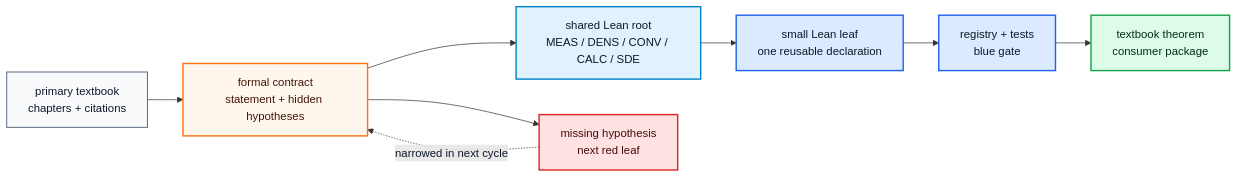
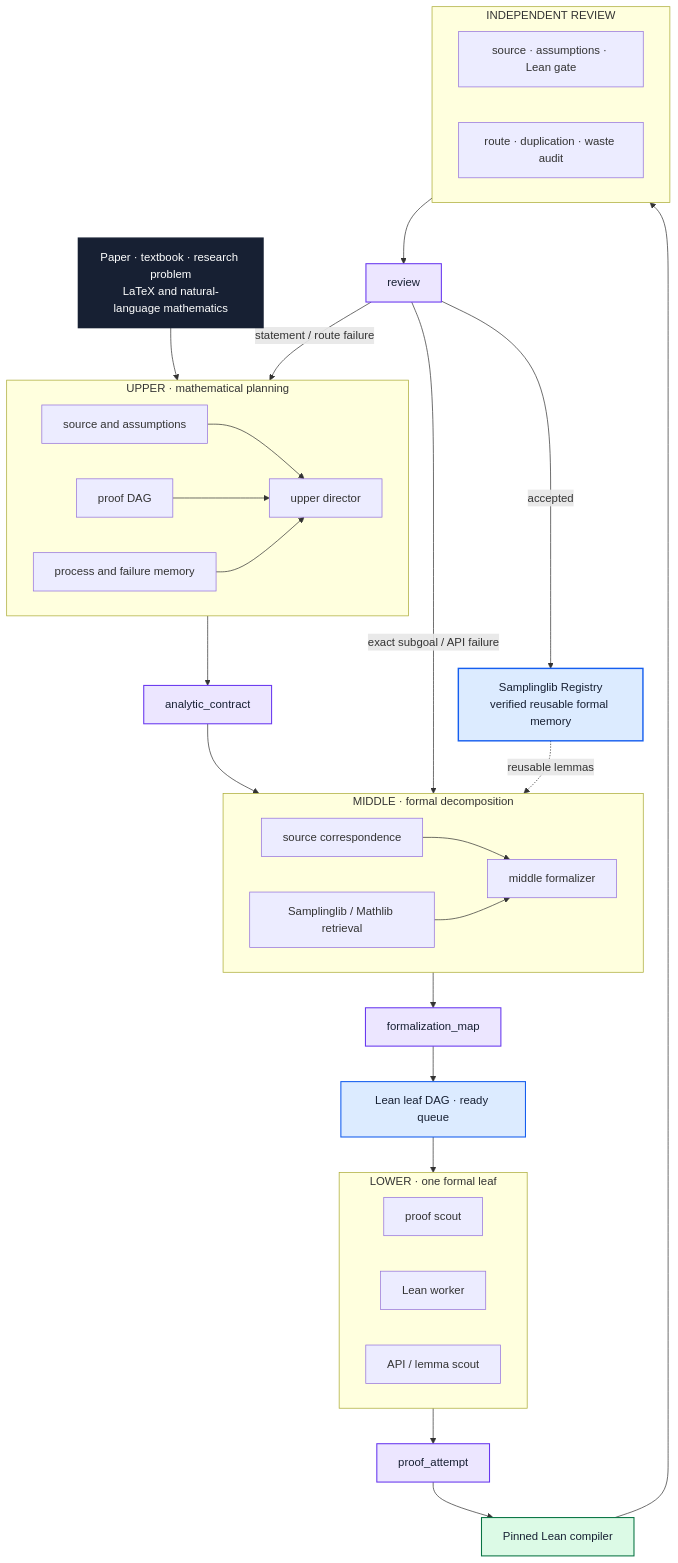
One commit to DakeBU/Auto-Sampling-Theory-In-Sleep changed the diagram in README.md. Above: the diagram before and after it, drawn with Mermaid. The commit also changed other lines of this file and 13 other files, not shown here.

````diff
--- a/README.md
+++ b/README.md
@@ -78,21 +73,56 @@
 ```mermaid
-flowchart LR
-  PDF[primary textbook<br/>chapters + citations]:::gray
-  Contract[formal contract<br/>statement + hidden hypotheses]:::contract
-  Root[shared Lean root<br/>MEAS / DENS / CONV / CALC / SDE]:::root
-  Leaf[small Lean leaf<br/>one reusable declaration]:::blue
-  Registry[registry + tests<br/>blue gate]:::blue
-  Theorem[textbook theorem<br/>consumer package]:::consumer
-  Red[missing hypothesis<br/>next red leaf]:::red
+flowchart TB
+  Source["Paper · textbook · research problem<br/>LaTeX and natural-language mathematics"]:::source
 
-  PDF --> Contract --> Root --> Leaf --> Registry --> Theorem
-  Contract --> Red
-  Red -. narrowed in next cycle .-> Contract
+  subgraph Upper["UPPER · mathematical planning"]
+    UM["source and assumptions"]
+    UD["proof DAG"]
+    UX["process and failure memory"]
+    UO["upper director"]
+    UM --> UO
+    UD --> UO
+    UX --> UO
+  end
 
-  classDef gray fill:#f8fafc,stroke:#64748b,color:#0f172a,stroke-width:1.5px;
-  classDef contract fill:#fff7ed,stroke:#f97316,color:#431407,stroke-width:2px;
-  classDef root fill:#e0f2fe,stroke:#0284c7,color:#0f172a,stroke-width:2px;
-  classDef blue fill:#dbeafe,stroke:#2563eb,color:#0f172a,stroke-width:2px;
-  classDef consumer fill:#dcfce7,stroke:#16a34a,color:#052e16,stroke-width:2px;
-  classDef red fill:#fee2e2,stroke:#dc2626,color:#450a0a,stroke-width:2px;
+  AC["analytic_contract"]:::artifact
+
+  subgraph Middle["MIDDLE · formal decomposition"]
+    MS["source correspondence"]
+    MR["Samplinglib / Mathlib retrieval"]
+    MF["middle formalizer"]
+    MS --> MF
+    MR --> MF
+  end
+
+  FM["formalization_map"]:::artifact
+  Queue["Lean leaf DAG · ready queue"]:::queue
+
+  subgraph Lower["LOWER · one formal leaf"]
+    L1["proof scout"]
+    L2["Lean worker"]
+    L3["API / lemma scout"]
+  end
+
+  PA["proof_attempt"]:::artifact
+  Lean["Pinned Lean compiler"]:::lean
+
+  subgraph Review["INDEPENDENT REVIEW"]
+    RG["source · assumptions · Lean gate"]
+    RW["route · duplication · waste audit"]
+  end
+
+  RV["review"]:::artifact
+  Registry["Samplinglib Registry<br/>verified reusable formal memory"]:::registry
+
+  Source --> Upper --> AC --> Middle --> FM --> Queue --> Lower --> PA --> Lean --> Review --> RV
+  RV -->|accepted| Registry
+  RV -->|exact subgoal / API failure| Middle
+  RV -->|statement / route failure| Upper
+  Registry -. reusable lemmas .-> Middle
+
+  classDef source fill:#172033,stroke:#172033,color:#fff,stroke-width:2px;
+  classDef artifact fill:#ECE6FF,stroke:#6938EF,color:#172033,stroke-width:1.5px;
+  classDef queue fill:#DCEBFF,stroke:#155EEF,color:#172033,stroke-width:1.5px;
+  classDef lean fill:#DCFAE6,stroke:#087443,color:#172033,stroke-width:1.5px;
+  classDef registry fill:#DCEBFF,stroke:#155EEF,color:#172033,stroke-width:2px;
 ```
````
